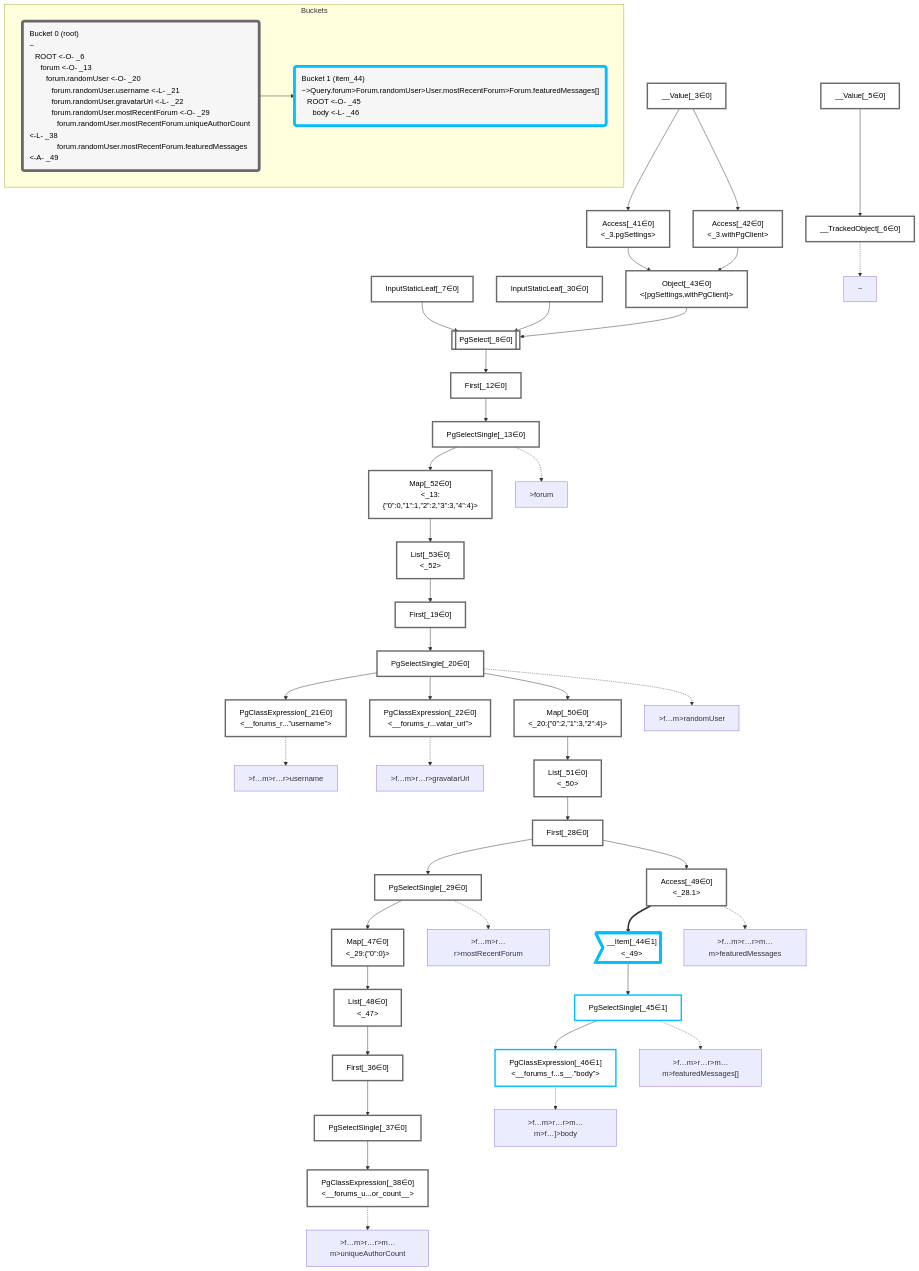
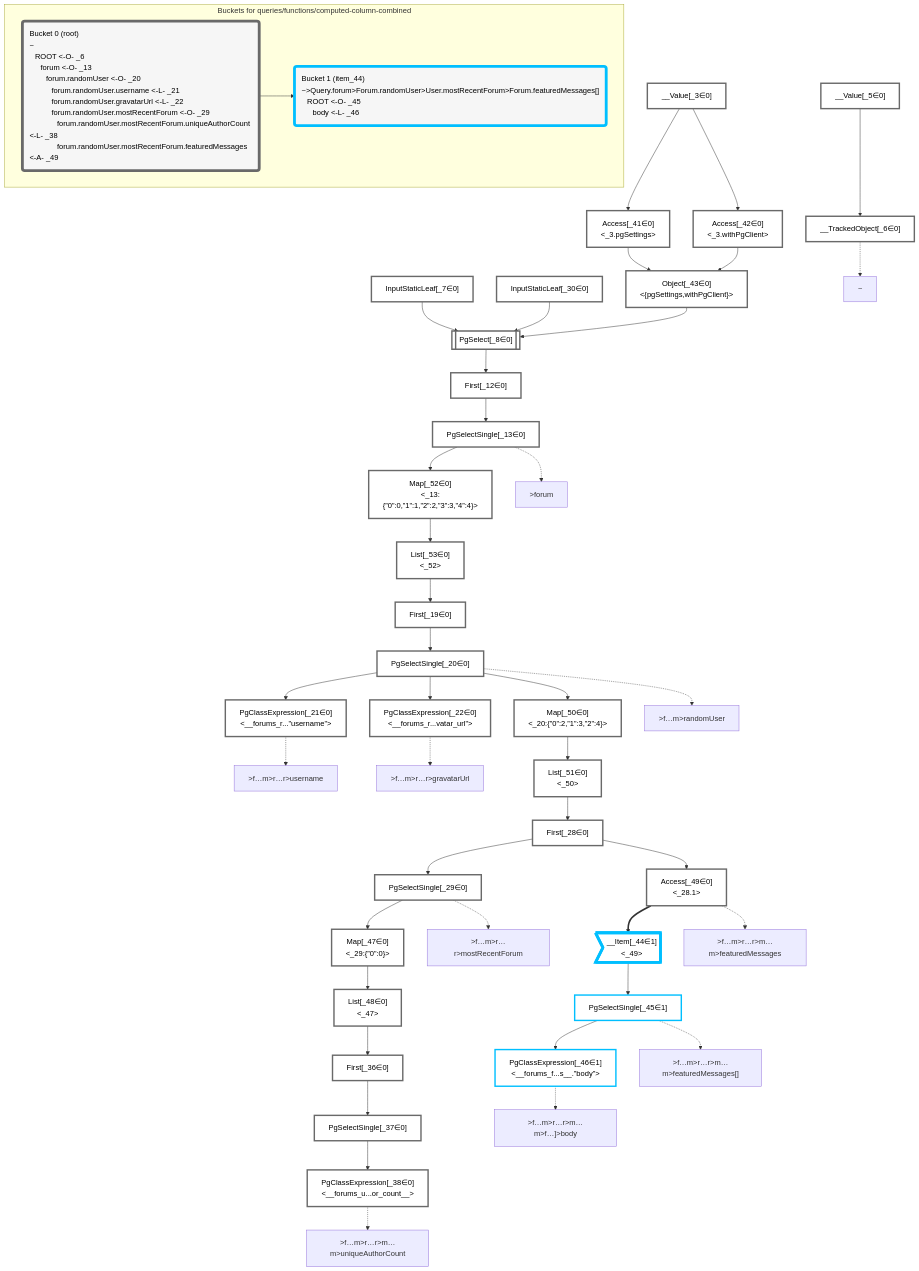
Before and after one commit to graphile/crystal: the diagram in packages/dataplan-pg/__tests__/queries/functions/computed-column-combined.mermaid.md, drawn with Mermaid. The commit also changed 195 other files, not shown here.

```diff
--- a/packages/dataplan-pg/__tests__/queries/functions/computed-column-combined.mermaid.md
+++ b/packages/dataplan-pg/__tests__/queries/functions/computed-column-combined.mermaid.md
@@ -98,7 +98,7 @@
     classDef bucket1 stroke:#00bfff
     class __Item_44,PgSelectSingle_45,PgClassExpression_46 bucket1
 
-    subgraph Buckets
+    subgraph "Buckets for queries/functions/computed-column-combined"
     Bucket0("Bucket 0 (root)<br />~<br />⠀ROOT <-O- _6<br />⠀⠀forum <-O- _13<br />⠀⠀⠀forum.randomUser <-O- _20<br />⠀⠀⠀⠀forum.randomUser.username <-L- _21<br />⠀⠀⠀⠀forum.randomUser.gravatarUrl <-L- _22<br />⠀⠀⠀⠀forum.randomUser.mostRecentForum <-O- _29<br />⠀⠀⠀⠀⠀forum.randomUser.mostRecentForum.uniqueAuthorCount <-L- _38<br />⠀⠀⠀⠀⠀forum.randomUser.mostRecentForum.featuredMessages <-A- _49"):::bucket
     style Bucket0 stroke:#696969
     Bucket1("Bucket 1 (item_44)<br />~>Query.forum>Forum.randomUser>User.mostRecentForum>Forum.featuredMessages[]<br />⠀ROOT <-O- _45<br />⠀⠀body <-L- _46"):::bucket
```
